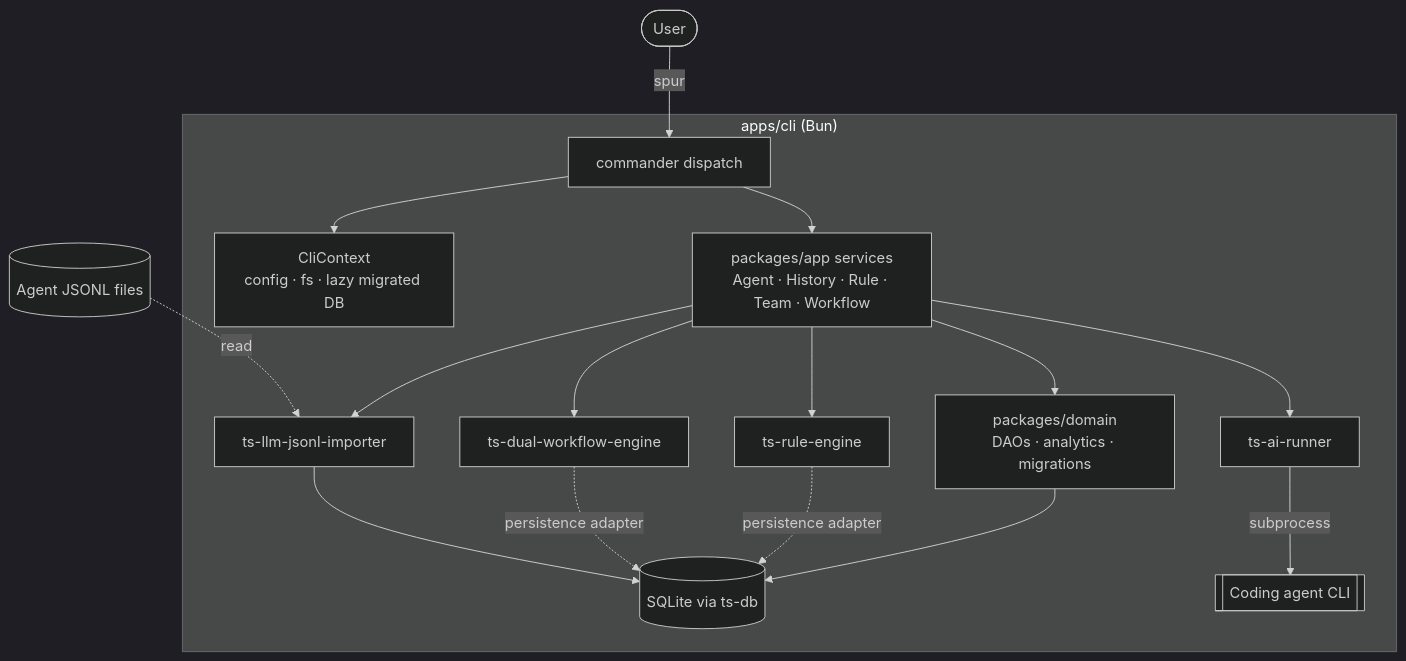
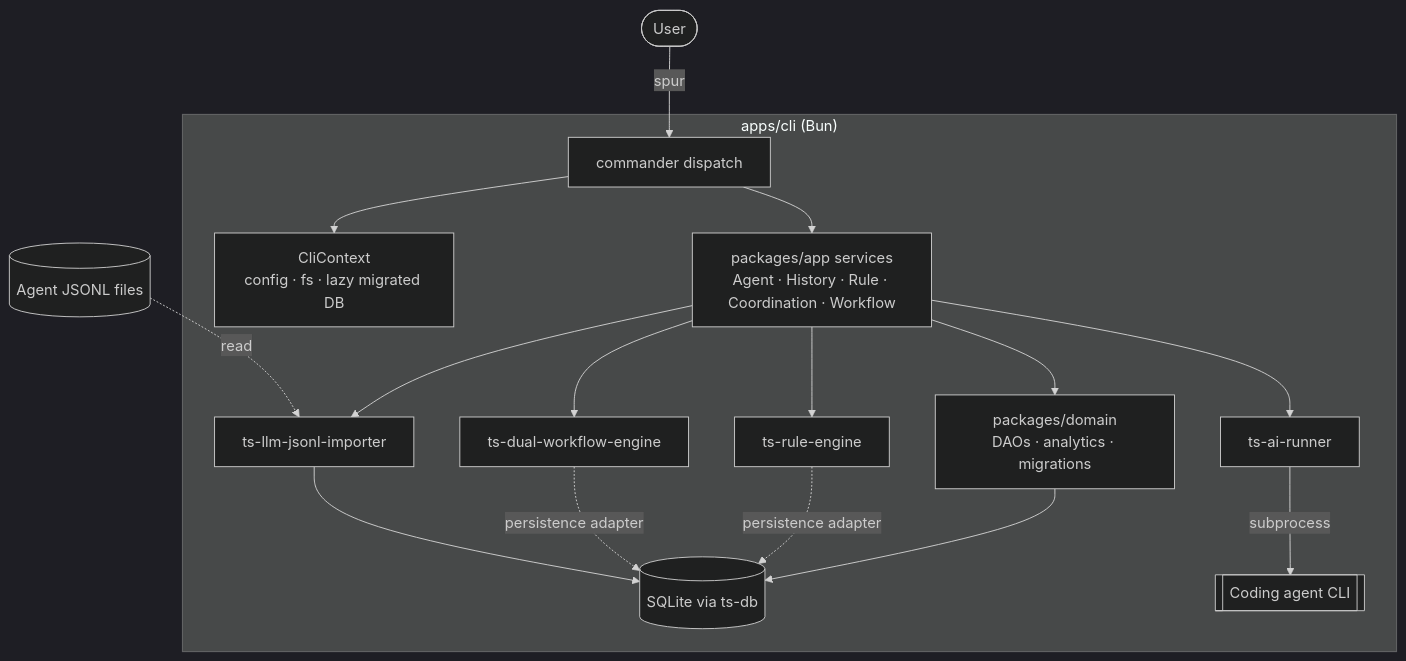
Before and after one commit to gobing-ai/spur: the diagram in docs/03_ARCHITECTURE.md, drawn with Mermaid (dark theme). The commit also changed other lines of this file and 7 other files, not shown here.

````diff
--- a/docs/03_ARCHITECTURE.md
+++ b/docs/03_ARCHITECTURE.md
@@ -124,19 +127,19 @@
 ```mermaid
 flowchart TD
     User([User]) -->|spur <command>| CLI
     subgraph Process["apps/cli (Bun)"]
         CLI[commander dispatch] --> Ctx[CliContext<br/>config · fs · lazy migrated DB]
-        CLI --> APP[packages/app services<br/>Agent · History · Rule · Team · Workflow]
+        CLI --> APP[packages/app services<br/>Agent · History · Rule · Coordination · Workflow]
         APP --> AR[ts-ai-runner]
         APP --> RE[ts-rule-engine]
         APP --> WF[ts-dual-workflow-engine]
         APP --> HI[ts-llm-jsonl-importer]
         APP --> DOM[packages/domain<br/>DAOs · analytics · migrations]
         DOM --> DB[(SQLite via ts-db)]
         RE -. persistence adapter .-> DB
         WF -. persistence adapter .-> DB
         HI --> DB
         AR -->|subprocess| Agent[[Coding agent CLI]]
     end
     JSONL[(Agent JSONL files)] -.read.-> HI
 ```
````
